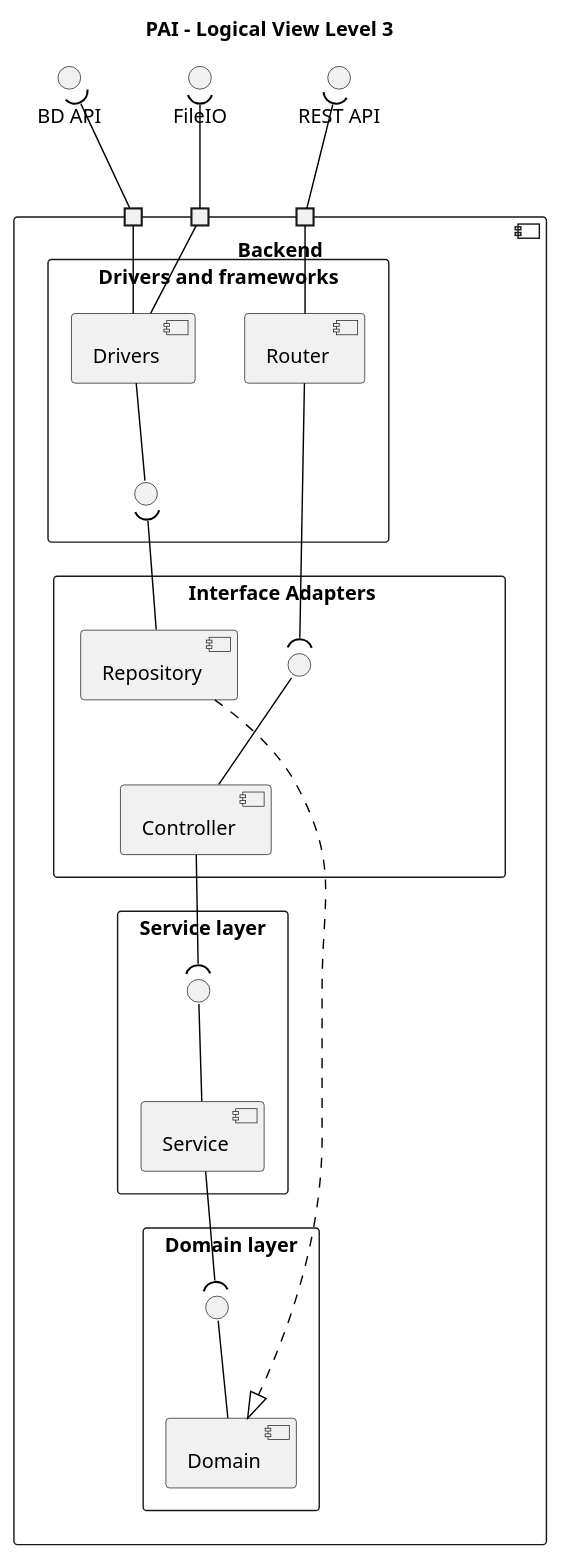
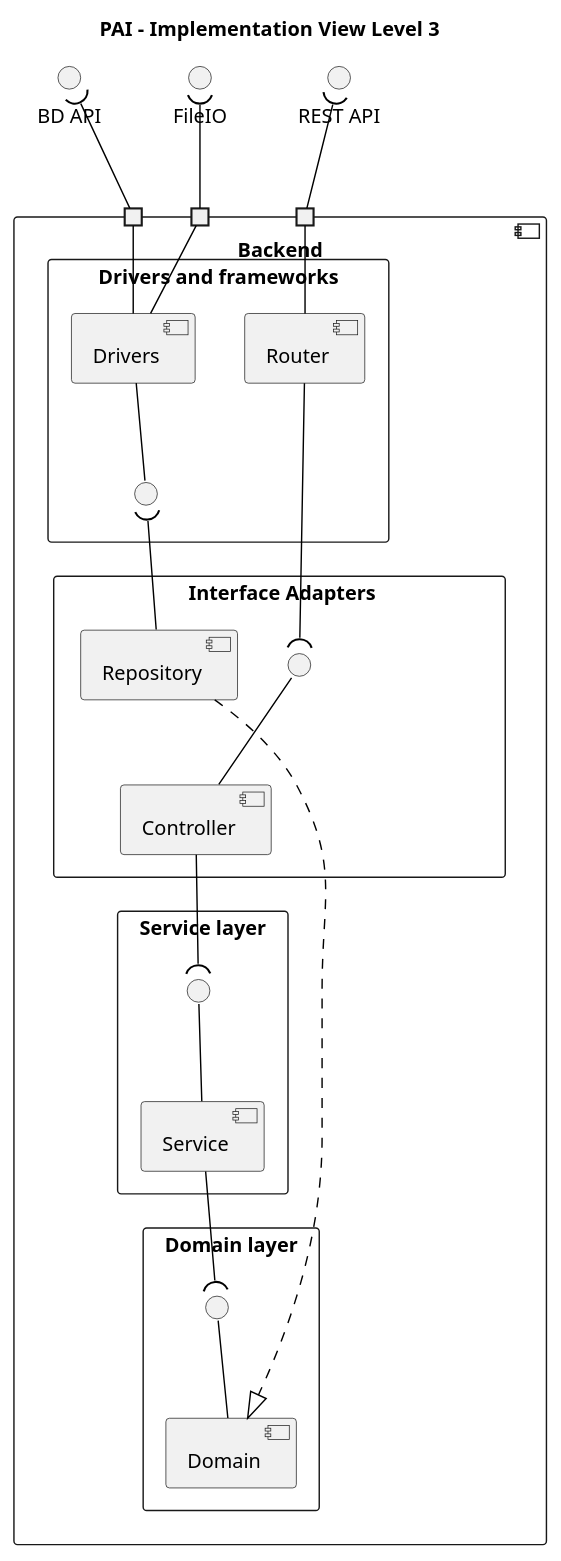
The diagram in docs/Sprint_6/ImplementationView/Level3.puml (GasparISEP/DevOps-PAI), drawn with PlantUML before and after one commit.

Commit message:
Fix title in Implementation View's Level 3 Diagram. Refs #530

```diff
--- a/docs/Sprint_6/ImplementationView/Level3.puml
+++ b/docs/Sprint_6/ImplementationView/Level3.puml
@@ -1,67 +1,67 @@
 @startuml
 
 skinparam componentStyle component
 skinparam ArrowColor black
 skinparam defaultTextAlignment center
 
-title "PAI - Logical View Level 3"
+title "PAI - Implementation View Level 3"
 
     interface "REST API" as RESTAPI
     interface "FileIO" as FileIO
     interface "BD API" as BDAPI
 
 component "Backend" {
     portin " " as p1
     portin " " as p3
     portin " " as p2
 
   rectangle "Drivers and frameworks" {
 
     component Drivers
     component "Router"
 
     Router -up- p1
     Drivers -up- p2
     Drivers -up- p3
 
     interface " " as IDrivers
 
     Drivers -down- IDrivers
   }
 
   rectangle "                        Interface Adapters                       " {
     component Repository
     component Controller
 
     interface " " as IController
 
     Controller -up- IController
   }
 
   rectangle "Service layer" {
     component Service
     interface " " as IService
 
     Service -up- IService
   }
 
   rectangle "Domain layer" {
     component Domain
     interface " " as IDomain
 
     Domain -up- IDomain
   }
 
   p1 -up-( RESTAPI
   p2 -up-( FileIO
   p3 -up-( BDAPI
 
   Router -left-( IController
   Repository -up-( IDrivers
 
   Controller -down-( IService
   Service -down-( IDomain
 
   Repository -.|> Domain
 }
 @enduml
```
